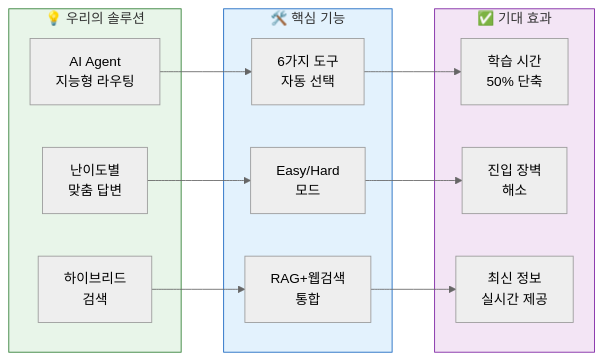
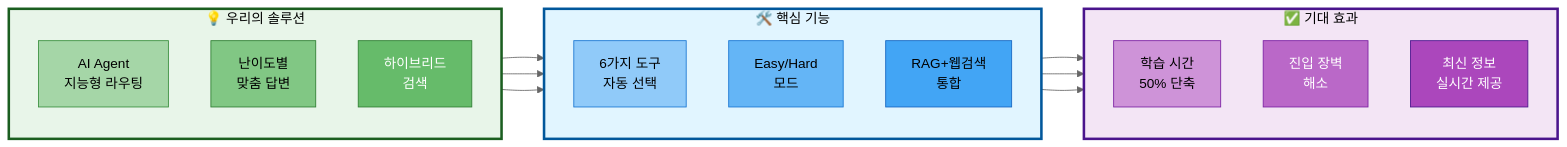
The third of 6 diagrams in docs/PPT/01_프로젝트_개요.md (AIBootcamp14/langchainproject-new-langchainproject_5), drawn with Mermaid (neutral theme) before and after one commit. The commit also changed other lines of this file and 5 other files, not shown here.

First line of the commit message:
style(docs): PPT 문서에 mermaid 스타일 가이드 적용

````diff
--- a/docs/PPT/01_프로젝트_개요.md
+++ b/docs/PPT/01_프로젝트_개요.md
@@ -158,28 +188,43 @@
 ```mermaid
 graph LR
     subgraph Solution["💡 우리의 솔루션"]
+        direction TB
         S1[AI Agent<br/>지능형 라우팅]
         S2[난이도별<br/>맞춤 답변]
         S3[하이브리드<br/>검색]
     end
 
     subgraph Features["🛠️ 핵심 기능"]
+        direction TB
         F1[6가지 도구<br/>자동 선택]
         F2[Easy/Hard<br/>모드]
         F3[RAG+웹검색<br/>통합]
     end
 
     subgraph Benefits["✅ 기대 효과"]
+        direction TB
         B1[학습 시간<br/>50% 단축]
         B2[진입 장벽<br/>해소]
         B3[최신 정보<br/>실시간 제공]
     end
 
     S1 --> F1 --> B1
     S2 --> F2 --> B2
     S3 --> F3 --> B3
 
-    style Solution fill:#e8f5e9,stroke:#2e7d32
-    style Features fill:#e3f2fd,stroke:#1565c0
-    style Benefits fill:#f3e5f5,stroke:#7b1fa2
+    %% Subgraph 스타일
+    style Solution fill:#e8f5e9,stroke:#1b5e20,stroke-width:3px,color:#000
+    style Features fill:#e1f5ff,stroke:#01579b,stroke-width:3px,color:#000
+    style Benefits fill:#f3e5f5,stroke:#4a148c,stroke-width:3px,color:#000
+
+    %% 노드 스타일
+    style S1 fill:#a5d6a7,stroke:#388e3c,color:#000
+    style S2 fill:#81c784,stroke:#2e7d32,color:#000
+    style S3 fill:#66bb6a,stroke:#2e7d32,color:#fff
+    style F1 fill:#90caf9,stroke:#1976d2,color:#000
+    style F2 fill:#64b5f6,stroke:#1976d2,color:#000
+    style F3 fill:#42a5f5,stroke:#1565c0,color:#000
+    style B1 fill:#ce93d8,stroke:#7b1fa2,color:#000
+    style B2 fill:#ba68c8,stroke:#7b1fa2,color:#fff
+    style B3 fill:#ab47bc,stroke:#4a148c,color:#fff
 ```
````
